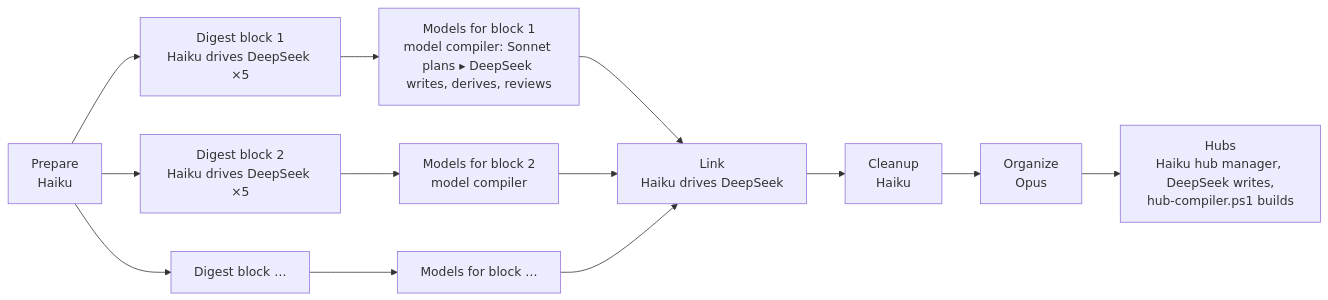
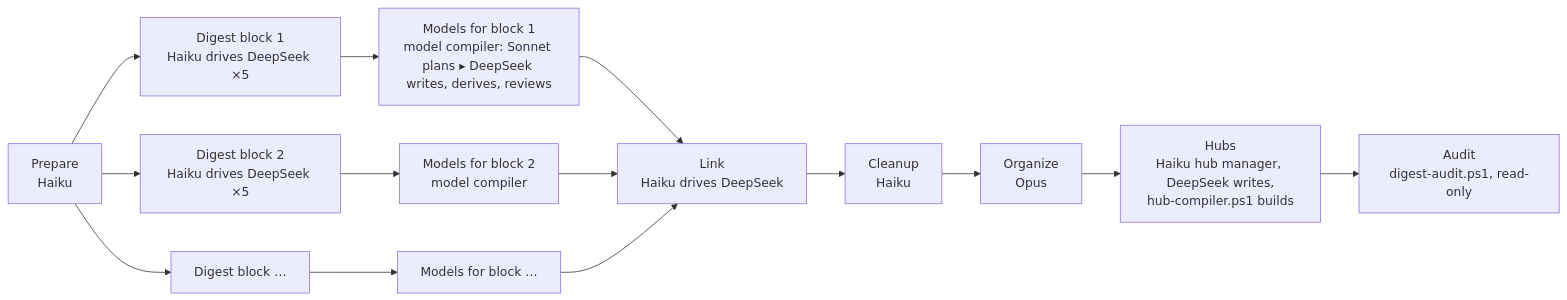
Before and after one commit to liudesheng9/zet: the diagram in doc/zt-book-digest-workflow.md, drawn with Mermaid. The commit also changed other lines of this file and 3 other files, not shown here.

First line of the commit message:
Audit the digest's Cards, read-only, and fix the workflow's syntax

````diff
--- a/doc/zt-book-digest-workflow.md
+++ b/doc/zt-book-digest-workflow.md
@@ -13,15 +13,16 @@
 ```mermaid
 flowchart LR
   P[Prepare<br/>Haiku] --> D1[Digest block 1<br/>Haiku drives DeepSeek ×5]
   P --> D2[Digest block 2<br/>Haiku drives DeepSeek ×5]
   P --> D3[Digest block …]
   D1 --> M1[Models for block 1<br/>model compiler: Sonnet plans ▸ DeepSeek writes, derives, reviews]
   D2 --> M2[Models for block 2<br/>model compiler]
   D3 --> M3[Models for block …]
   M1 --> L[Link<br/>Haiku drives DeepSeek]
   M2 --> L
   M3 --> L
   L --> C[Cleanup<br/>Haiku]
   C --> O[Organize<br/>Opus]
   O --> H[Hubs<br/>Haiku hub manager, DeepSeek writes,<br/>hub-compiler.ps1 builds]
+  H --> A[Audit<br/>digest-audit.ps1, read-only]
 ```
````
